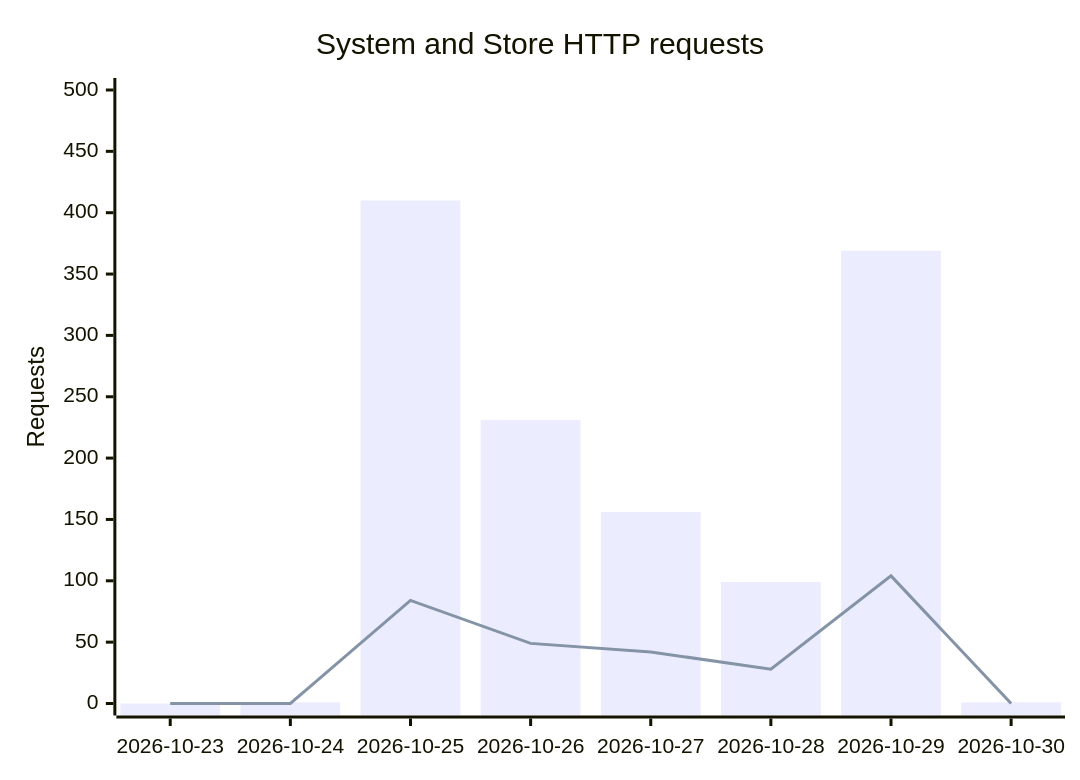
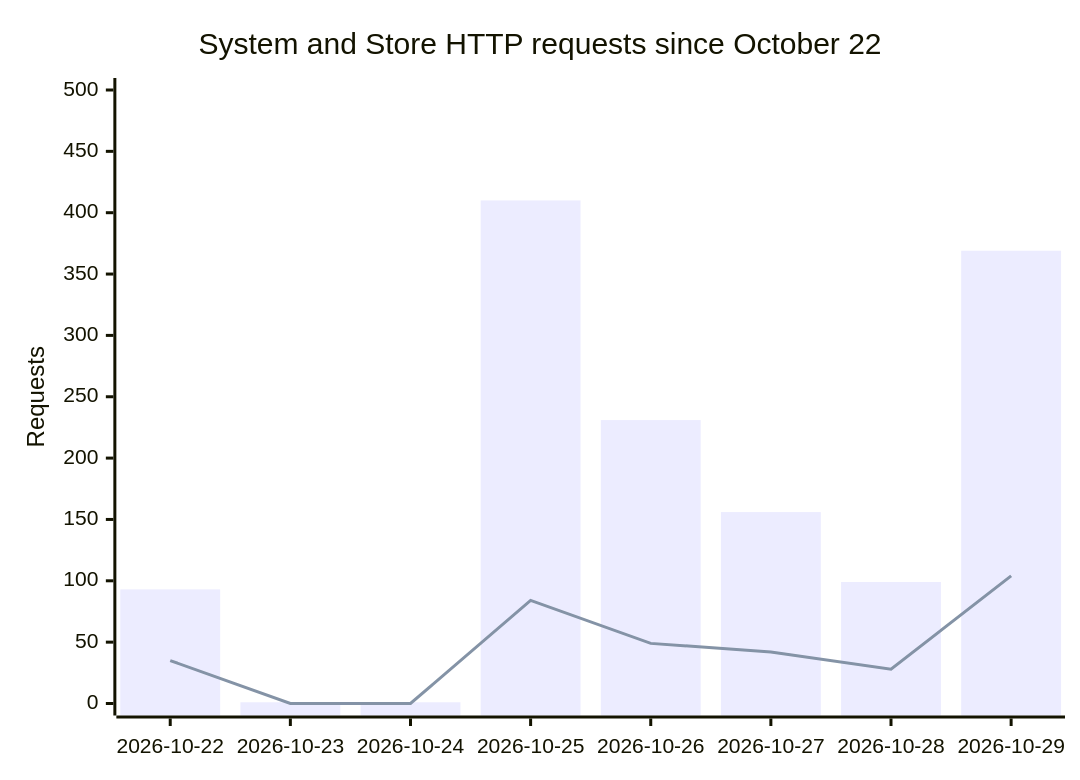
The diagram in APPLICATION-ACTIVITY.md (GeorgePlattDemo/3d-solutions-program), drawn with Mermaid before and after one commit. The commit also changed other lines of this file and 2 other files, not shown here.

Commit message:
Initialize permanent October 22 cumulative activity record

````diff
--- a/APPLICATION-ACTIVITY.md
+++ b/APPLICATION-ACTIVITY.md
@@ -9,8 +11,8 @@
 ```mermaid
 xychart-beta
-    title "System and Store HTTP requests"
-    x-axis ["2026-10-23","2026-10-24","2026-10-25","2026-10-26","2026-10-27","2026-10-28","2026-10-29","2026-10-30"]
+    title "System and Store HTTP requests since October 22"
+    x-axis ["2026-10-22","2026-10-23","2026-10-24","2026-10-25","2026-10-26","2026-10-27","2026-10-28","2026-10-29"]
     y-axis "Requests" 0 --> 500
-    bar [0,1,410,231,156,99,369,1]
-    line [0,0,84,49,42,28,104,0]
+    bar [93,1,1,410,231,156,99,369]
+    line [35,0,0,84,49,42,28,104]
 ```
````
